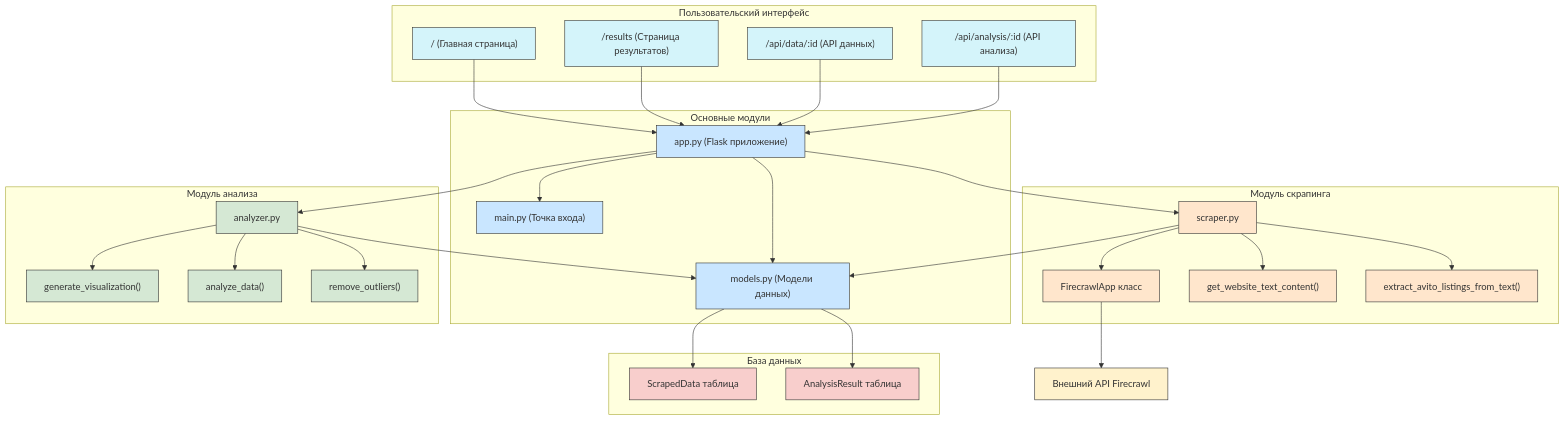
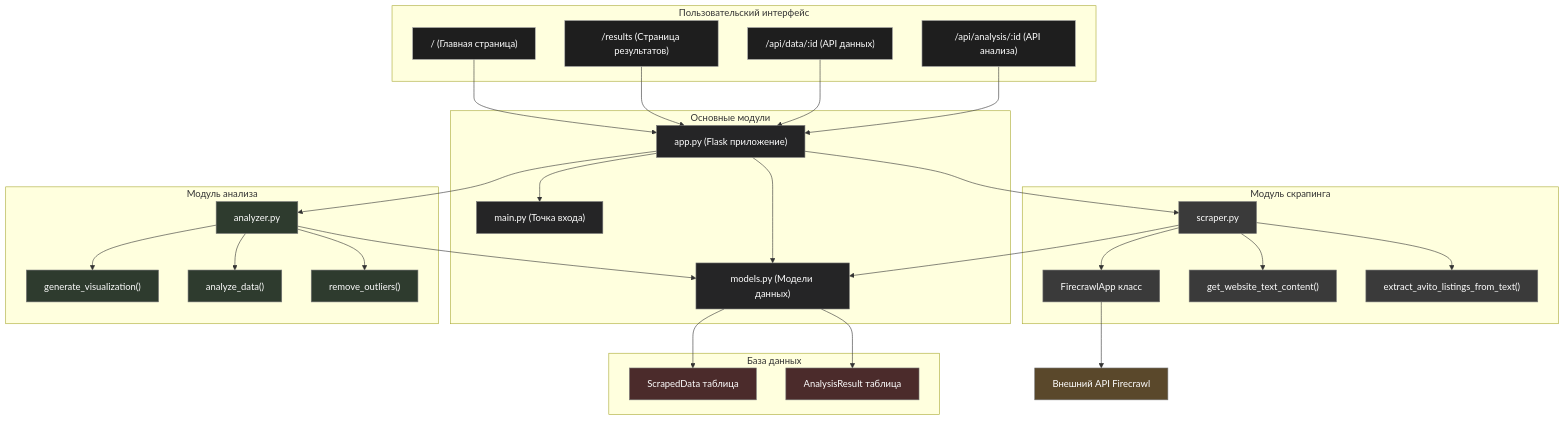
Before and after one commit to dzhechko/dz-property-pulse-avito: the second of 2 diagrams in README.md, drawn with Mermaid. The commit also changed other lines of this file, not shown here.

Commit message:
commit all changes

````diff
--- a/README.md
+++ b/README.md
@@ -101,27 +101,28 @@
     ModelsModule --> ScrapedDataTable
     ModelsModule --> AnalysisResultTable
     
-    style IndexPage fill:#d4f4fa,stroke:#333,stroke-width:1px
-    style ResultsPage fill:#d4f4fa,stroke:#333,stroke-width:1px
-    style APIData fill:#d4f4fa,stroke:#333,stroke-width:1px
-    style APIAnalysis fill:#d4f4fa,stroke:#333,stroke-width:1px
+    style IndexPage fill:#1e1e1e,stroke:#aaa,stroke-width:1px,color:#ffffff
+    style ResultsPage fill:#1e1e1e,stroke:#aaa,stroke-width:1px,color:#ffffff
+    style APIData fill:#1e1e1e,stroke:#aaa,stroke-width:1px,color:#ffffff
+    style APIAnalysis fill:#1e1e1e,stroke:#aaa,stroke-width:1px,color:#ffffff
     
-    style AppModule fill:#c9e6ff,stroke:#333,stroke-width:1px
-    style MainModule fill:#c9e6ff,stroke:#333,stroke-width:1px
-    style ModelsModule fill:#c9e6ff,stroke:#333,stroke-width:1px
+    style AppModule fill:#252526,stroke:#777,stroke-width:1px,color:#ffffff
+    style MainModule fill:#252526,stroke:#777,stroke-width:1px,color:#ffffff
+    style ModelsModule fill:#252526,stroke:#777,stroke-width:1px,color:#ffffff
     
-    style ScraperModule fill:#ffe6cc,stroke:#333,stroke-width:1px
-    style FirecrawlClient fill:#ffe6cc,stroke:#333,stroke-width:1px
-    style TrafilaturaExtractor fill:#ffe6cc,stroke:#333,stroke-width:1px
-    style AvitoParser fill:#ffe6cc,stroke:#333,stroke-width:1px
+    style ScraperModule fill:#3a3a3a,stroke:#777,stroke-width:1px,color:#ffffff
+    style FirecrawlClient fill:#3a3a3a,stroke:#777,stroke-width:1px,color:#ffffff
+    style TrafilaturaExtractor fill:#3a3a3a,stroke:#777,stroke-width:1px,color:#ffffff
+    style AvitoParser fill:#3a3a3a,stroke:#777,stroke-width:1px,color:#ffffff
     
-    style AnalyzerModule fill:#d5e8d4,stroke:#333,stroke-width:1px
-    style VisualizationEngine fill:#d5e8d4,stroke:#333,stroke-width:1px
-    style DataProcessor fill:#d5e8d4,stroke:#333,stroke-width:1px
-    style OutlierRemoval fill:#d5e8d4,stroke:#333,stroke-width:1px
+    style AnalyzerModule fill:#2e3b2e,stroke:#777,stroke-width:1px,color:#ffffff
+    style VisualizationEngine fill:#2e3b2e,stroke:#777,stroke-width:1px,color:#ffffff
+    style DataProcessor fill:#2e3b2e,stroke:#777,stroke-width:1px,color:#ffffff
+    style OutlierRemoval fill:#2e3b2e,stroke:#777,stroke-width:1px,color:#ffffff
     
-    style ScrapedDataTable fill:#f8cecc,stroke:#333,stroke-width:1px
-    style AnalysisResultTable fill:#f8cecc,stroke:#333,stroke-width:1px
+    style ScrapedDataTable fill:#4b2b2b,stroke:#777,stroke-width:1px,color:#ffffff
+    style AnalysisResultTable fill:#4b2b2b,stroke:#777,stroke-width:1px,color:#ffffff
     
-    style ExternalFirecrawl fill:#fff2cc,stroke:#333,stroke-width:1px
+    style ExternalFirecrawl fill:#5a482b,stroke:#777,stroke-width:1px,color:#ffffff
+
 ```
````
